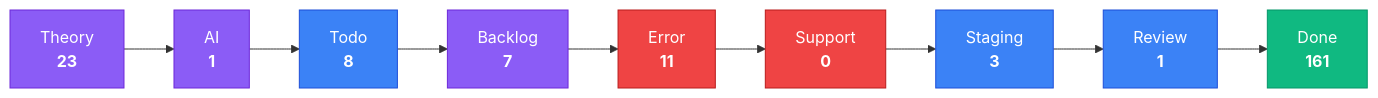
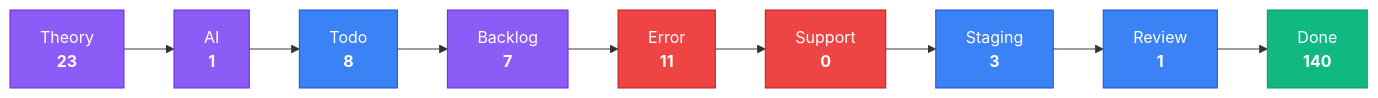
The third of 4 diagrams in apps/kbve/astro-kbve/src/content/docs/dashboard/kanban-data.mdx (KBVE/kbve), drawn with Mermaid before and after one commit. The commit also changed other lines of this file and 8 other files, not shown here.

````diff
--- a/apps/kbve/astro-kbve/src/content/docs/dashboard/kanban-data.mdx
+++ b/apps/kbve/astro-kbve/src/content/docs/dashboard/kanban-data.mdx
@@ -80,28 +80,28 @@
 ```mermaid
 flowchart LR
     classDef planning fill:#8b5cf6,stroke:#6d28d9,color:#fff
     classDef active fill:#3b82f6,stroke:#1d4ed8,color:#fff
     classDef blocked fill:#ef4444,stroke:#b91c1c,color:#fff
     classDef done fill:#10b981,stroke:#059669,color:#fff
     Theory["Theory<br/><strong>23</strong>"]
     Theory --> AI
     AI["AI<br/><strong>1</strong>"]
     AI --> Todo
     Todo["Todo<br/><strong>8</strong>"]
     Todo --> Backlog
     Backlog["Backlog<br/><strong>7</strong>"]
     Backlog --> Error
     Error["Error<br/><strong>11</strong>"]
     Error --> Support
     Support["Support<br/><strong>0</strong>"]
     Support --> Staging
     Staging["Staging<br/><strong>3</strong>"]
     Staging --> Review
     Review["Review<br/><strong>1</strong>"]
     Review --> Done
-    Done["Done<br/><strong>161</strong>"]
+    Done["Done<br/><strong>140</strong>"]
     class Theory,AI,Backlog planning
     class Todo,Staging,Review active
     class Error,Support blocked
     class Done done
 ```
````
